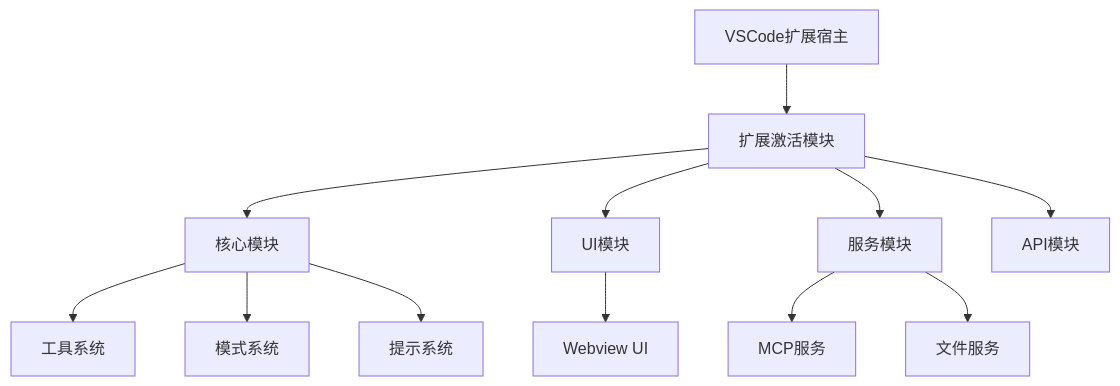
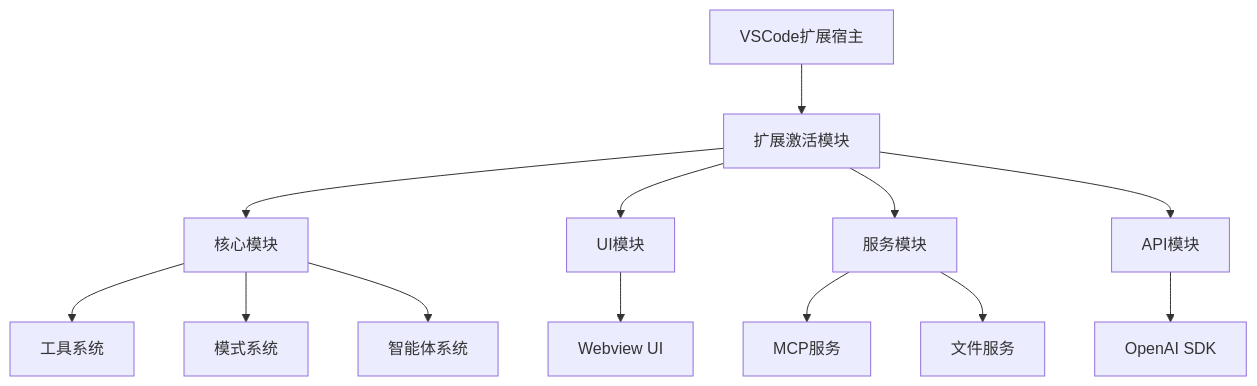
One commit to mikegai333/Roo-Code changed the first of 4 diagrams in architecture.md. Above: the diagram before and after it, drawn with Mermaid. The commit also changed other lines of this file and 5 other files, not shown here.

````diff
--- a/architecture.md
+++ b/architecture.md
@@ -11,14 +37,15 @@
 ```mermaid
 graph TD
     A[VSCode扩展宿主] --> B[扩展激活模块]
     B --> C[核心模块]
     B --> D[UI模块]
     B --> E[服务模块]
     B --> F[API模块]
     C --> G[工具系统]
     C --> H[模式系统]
-    C --> I[提示系统]
+    C --> I[智能体系统]
     E --> J[MCP服务]
     E --> K[文件服务]
     D --> L[Webview UI]
+    F --> M[OpenAI SDK]
 ```
````
